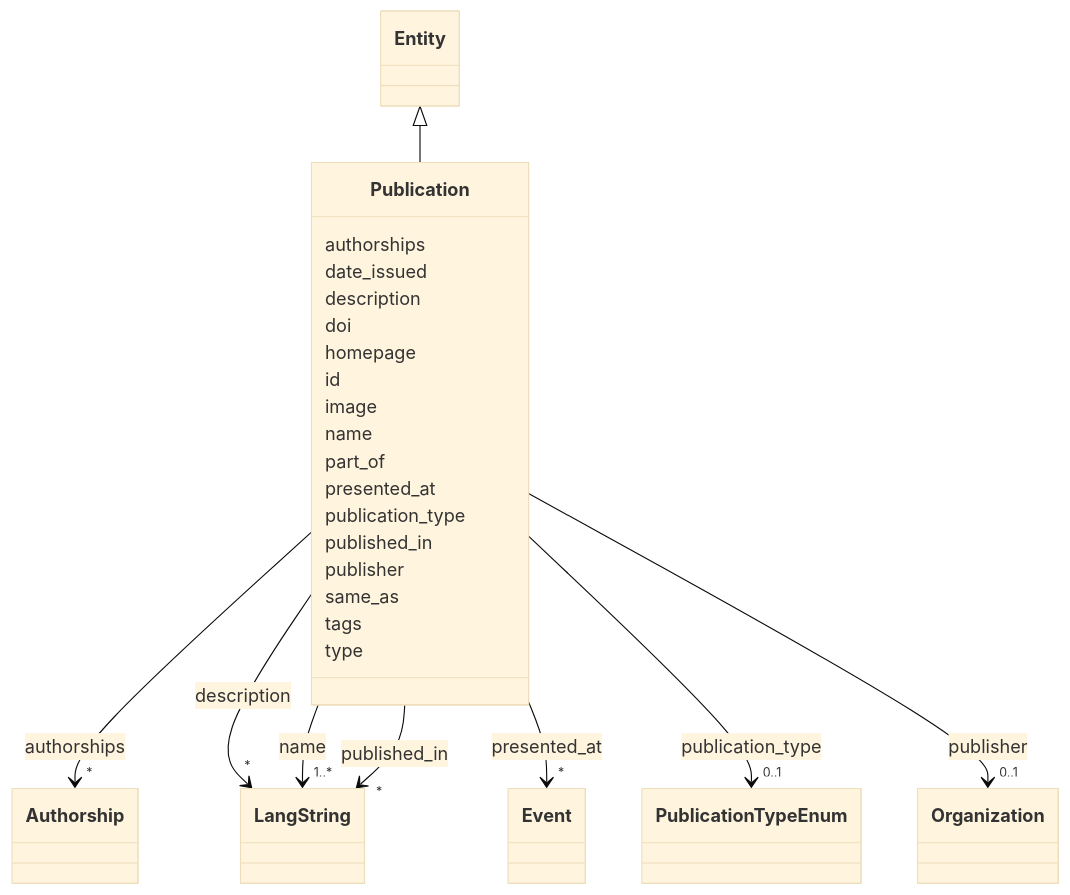
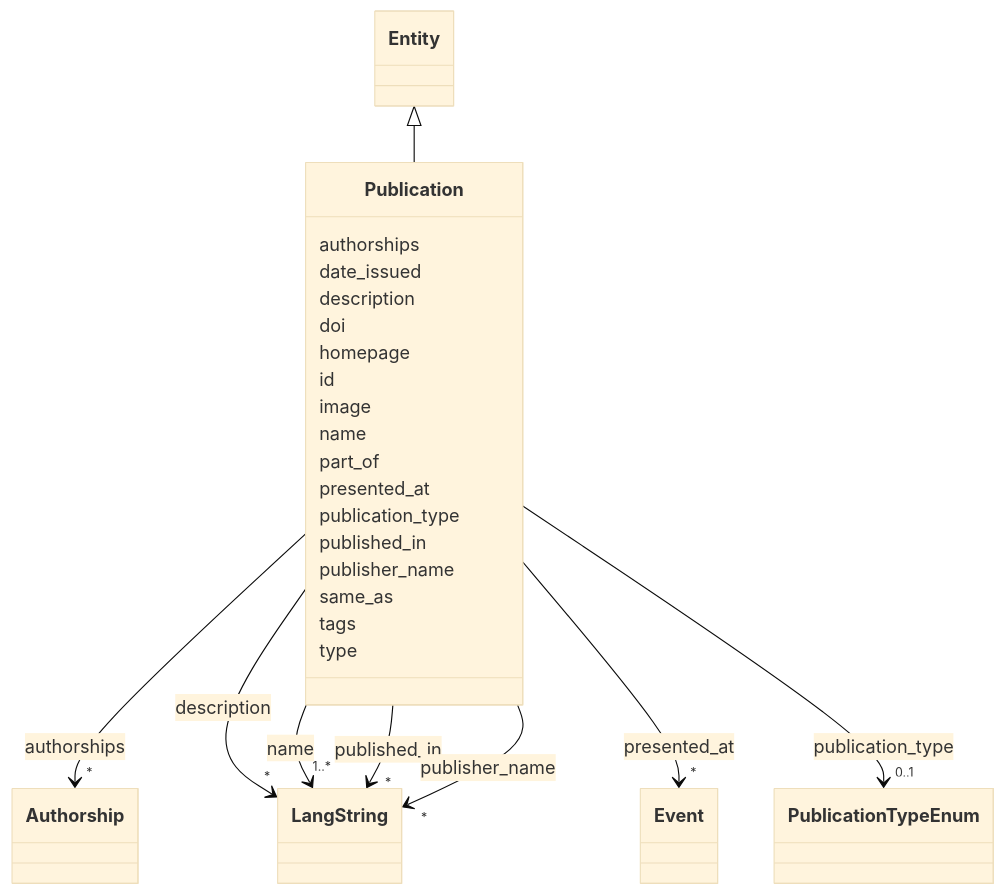
Before and after one commit to DARIAH-IL/idhi-manifests: the diagram in docs/classes/Publication.md, drawn with Mermaid (base theme). The commit also changed other lines of this file and 13 other files, not shown here.

```diff
--- a/docs/classes/Publication.md
+++ b/docs/classes/Publication.md
@@ -118,15 +118,15 @@
     
 
         
-      Publication : publisher
+      Publication : publisher_name
         
           
     
         
         
-        Publication --> "0..1" Organization : publisher
+        Publication --> "*" LangString : publisher_name
         
-        click Organization href "../../classes/Organization/"
+        click LangString href "../../classes/LangString/"
         
     
 
```
